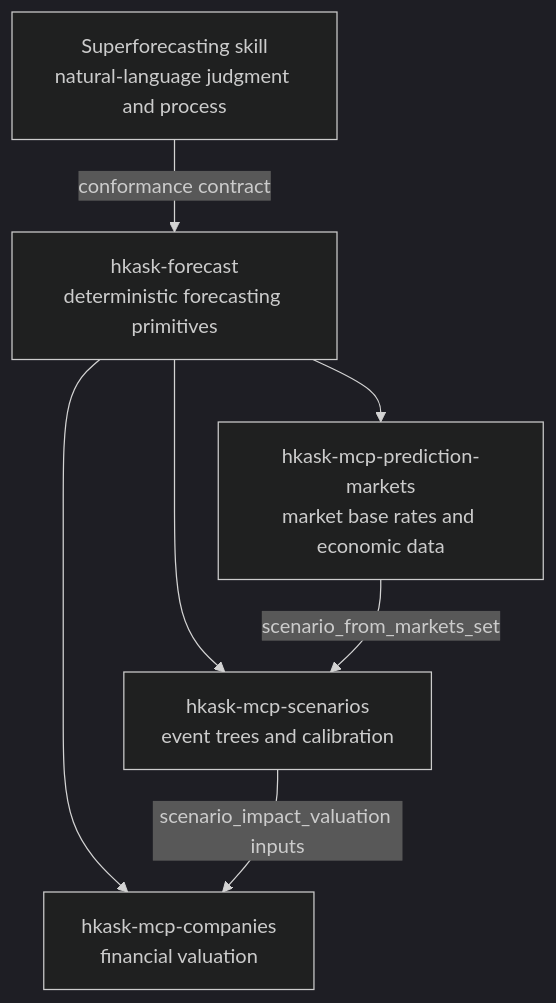
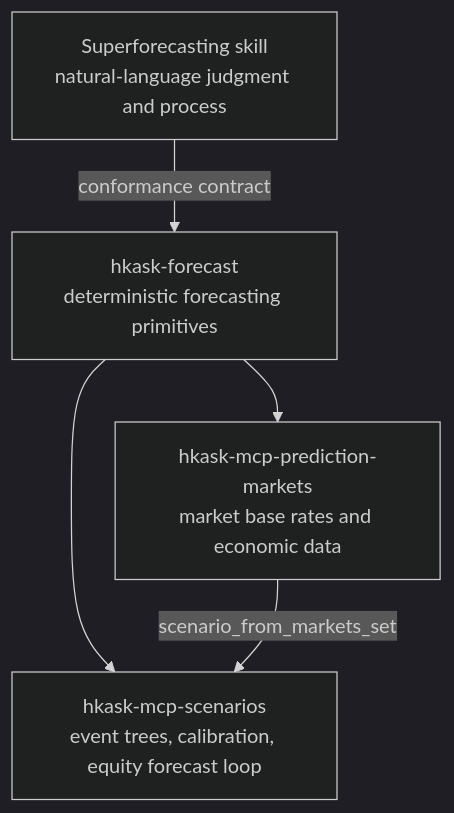
Before and after one commit to mdz-axo/zed-kask: the first of 2 diagrams in kask/docs/reference/mcp-servers/README.md, drawn with Mermaid (dark theme). The commit also changed other lines of this file and 71 other files, not shown here.

First line of the commit message:
Delete the companies MCP server, FMP/EODHD, and their wiring

````diff
--- a/kask/docs/reference/mcp-servers/README.md
+++ b/kask/docs/reference/mcp-servers/README.md
@@ -123,15 +121,12 @@
 ```mermaid
 flowchart TD
     Skill["Superforecasting skill<br/>natural-language judgment and process"]
     Math["hkask-forecast<br/>deterministic forecasting primitives"]
-    Scenarios["hkask-mcp-scenarios<br/>event trees and calibration"]
-    Companies["hkask-mcp-companies<br/>financial valuation"]
+    Scenarios["hkask-mcp-scenarios<br/>event trees, calibration, equity forecast loop"]
     Markets["hkask-mcp-prediction-markets<br/>market base rates and economic data"]
 
     Skill -->|"conformance contract"| Math
     Math --> Scenarios
-    Math --> Companies
     Math --> Markets
     Markets -->|"scenario_from_markets_set"| Scenarios
-    Scenarios -->|"scenario_impact_valuation inputs"| Companies
 ```
````
